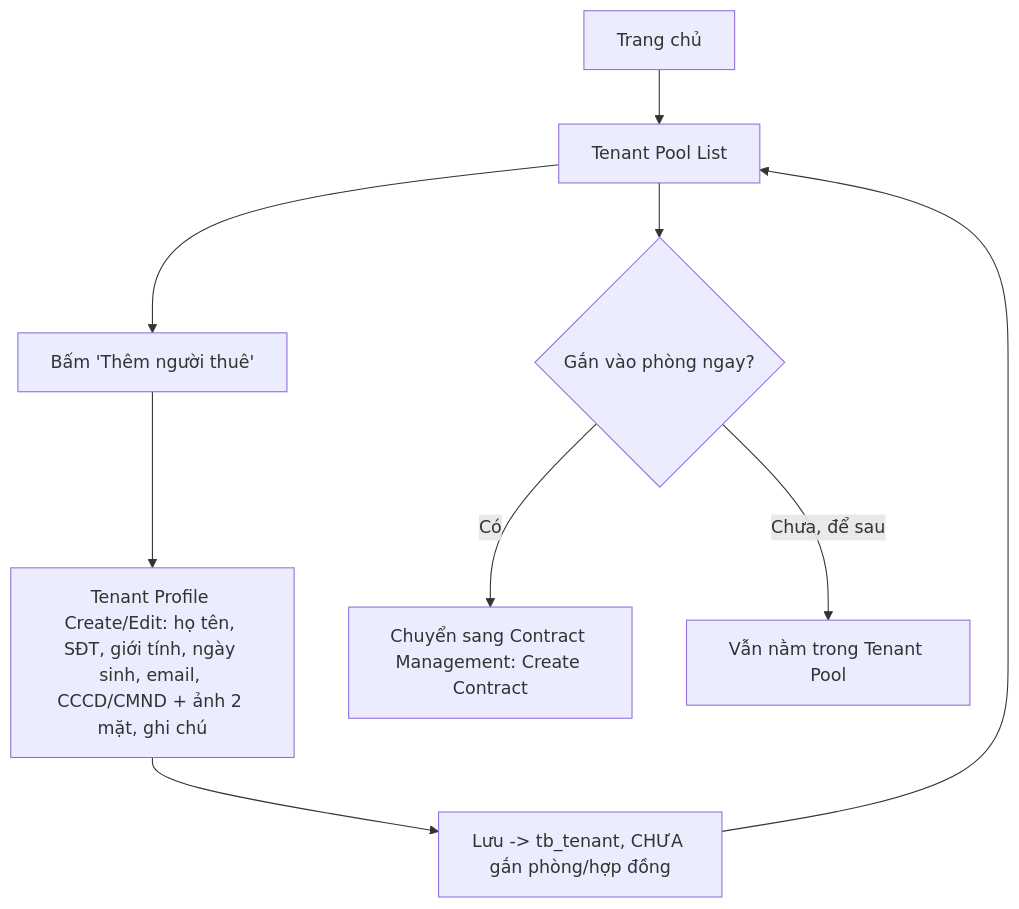
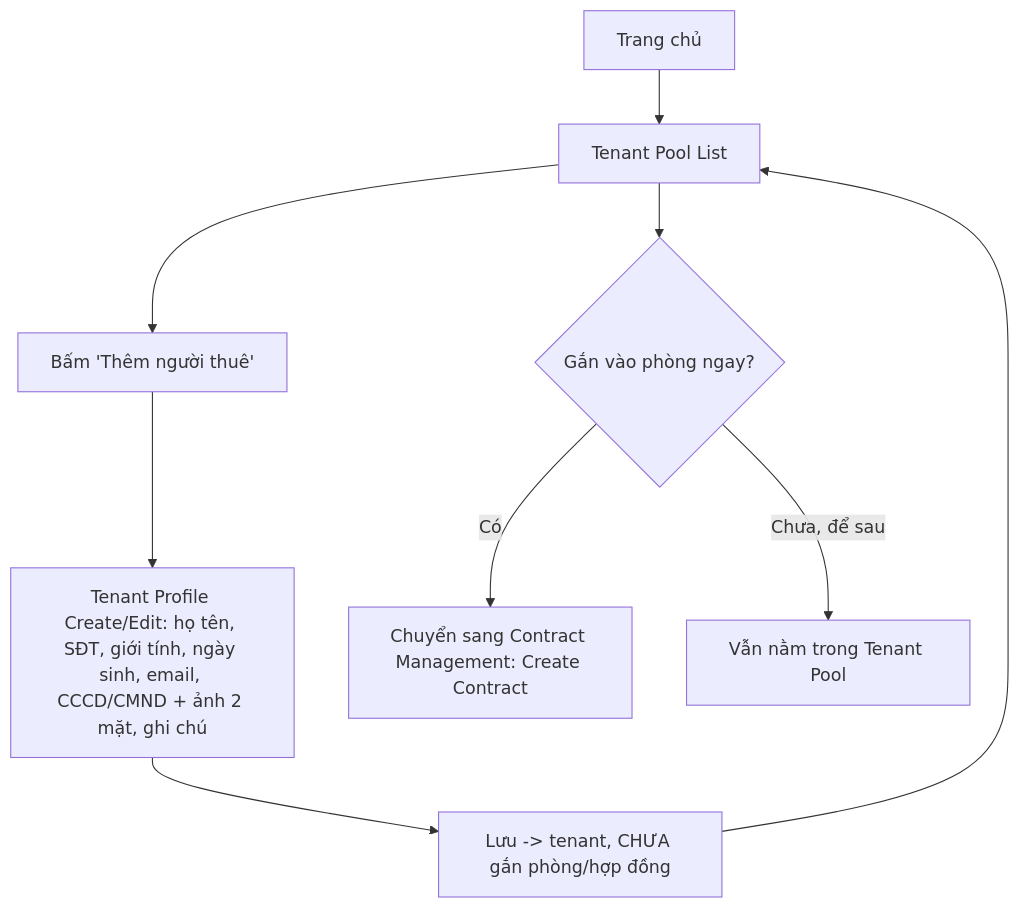
The fifth of 10 diagrams in docs/USER-FLOWS.md (townsoft-dev/biztown-rent), drawn with Mermaid before and after one commit. The commit also changed other lines of this file and 9 other files, not shown here.

````diff
--- a/docs/USER-FLOWS.md
+++ b/docs/USER-FLOWS.md
@@ -106,11 +106,11 @@
 ```mermaid
 flowchart TD
     A[Trang chủ] --> B[Tenant Pool List]
     B --> C[Bấm 'Thêm người thuê']
     C --> D[Tenant Profile Create/Edit: họ tên, SĐT, giới tính, ngày sinh, email, CCCD/CMND + ảnh 2 mặt, ghi chú]
-    D --> E[Lưu -> tb_tenant, CHƯA gắn phòng/hợp đồng]
+    D --> E[Lưu -> tenant, CHƯA gắn phòng/hợp đồng]
     E --> B
     B --> F{Gắn vào phòng ngay?}
     F -- Có --> G[Chuyển sang Contract Management: Create Contract]
     F -- Chưa, để sau --> H[Vẫn nằm trong Tenant Pool]
 ```
````
